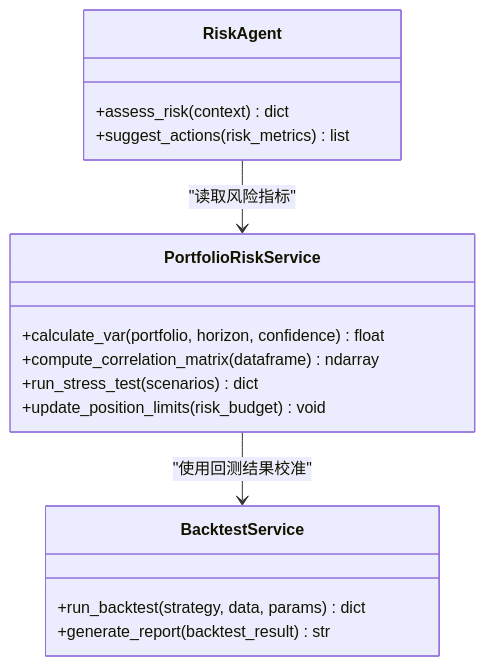
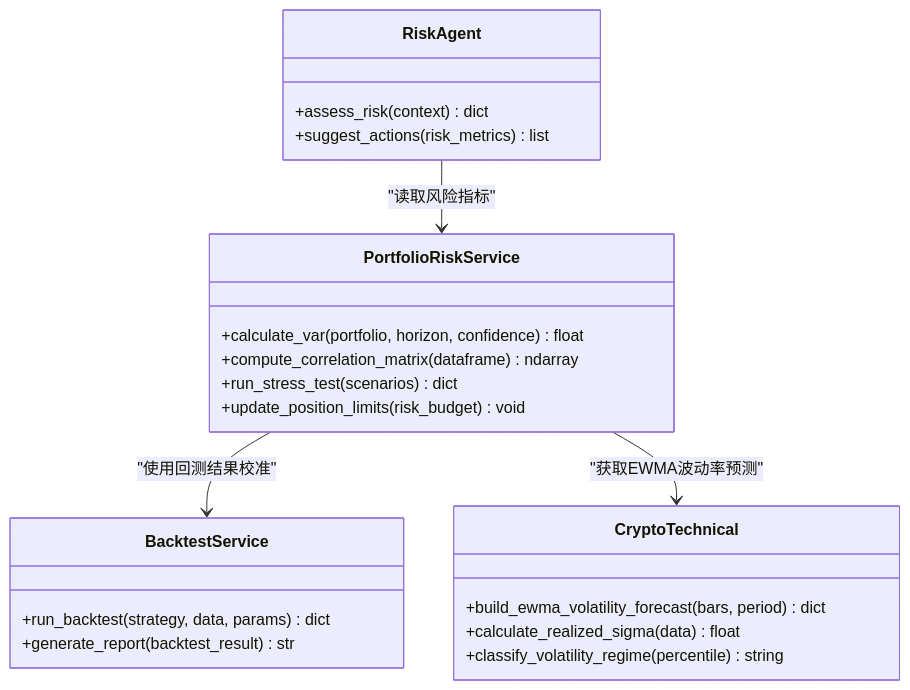
Before and after one commit to anYaoooo/daily_stock_analysis: the fifth of 8 diagrams in .qoder/repowiki/zh/content/交易策略系统/风险管理.md, drawn with Mermaid. The commit also changed other lines of this file and 23 other files, not shown here.

````diff
--- a/.qoder/repowiki/zh/content/交易策略系统/风险管理.md
+++ b/.qoder/repowiki/zh/content/交易策略系统/风险管理.md
@@ -233,19 +285,25 @@
 ```mermaid
 classDiagram
 class PortfolioRiskService {
 +calculate_var(portfolio, horizon, confidence) float
 +compute_correlation_matrix(dataframe) ndarray
 +run_stress_test(scenarios) dict
 +update_position_limits(risk_budget) void
 }
 class BacktestService {
 +run_backtest(strategy, data, params) dict
 +generate_report(backtest_result) str
 }
 class RiskAgent {
 +assess_risk(context) dict
 +suggest_actions(risk_metrics) list
 }
+class CryptoTechnical {
++build_ewma_volatility_forecast(bars, period) dict
++calculate_realized_sigma(data) float
++classify_volatility_regime(percentile) string
+}
 PortfolioRiskService --> BacktestService : "使用回测结果校准"
 RiskAgent --> PortfolioRiskService : "读取风险指标"
+PortfolioRiskService --> CryptoTechnical : "获取EWMA波动率预测"
 ```
````
